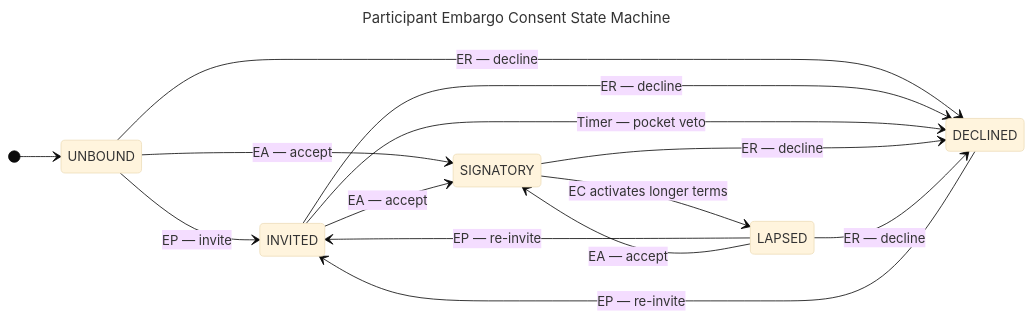
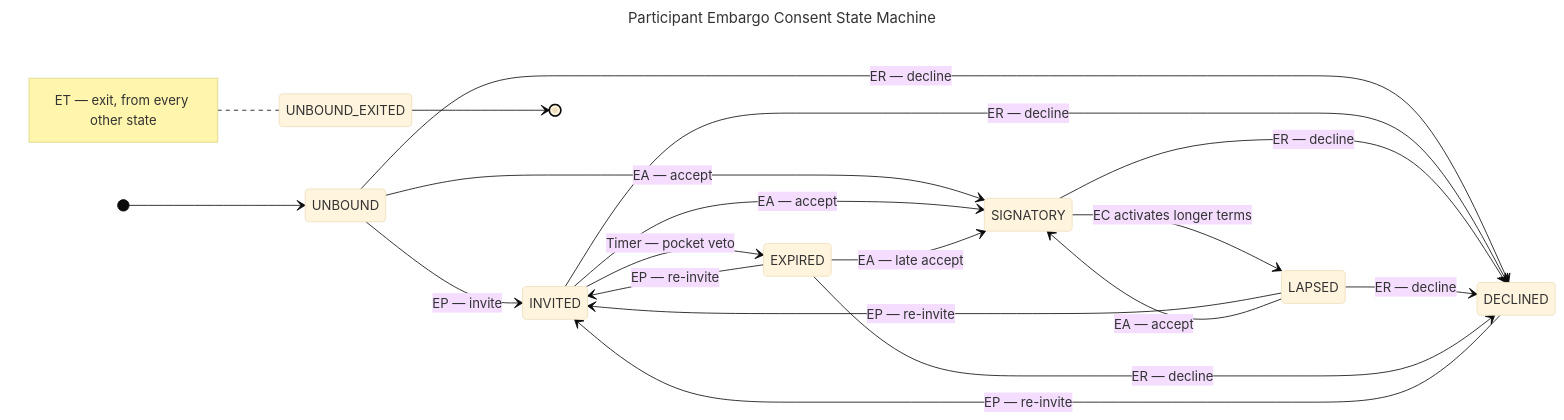
The diagram in docs/topics/process_models/em/pec_state_machine_diagram.md (CERTCC/Vultron), drawn with Mermaid (base theme) before and after one commit. The commit also changed other lines of this file and 67 other files, not shown here.

First line of the commit message:
feat(embargo): add PEC EXPIRED and terminal UNBOUND_EXITED states (ADR-0117)

````diff
--- a/docs/topics/process_models/em/pec_state_machine_diagram.md
+++ b/docs/topics/process_models/em/pec_state_machine_diagram.md
@@ -1,20 +1,25 @@
 ```mermaid
 ---
 title: Participant Embargo Consent State Machine
 ---
 stateDiagram-v2
     direction LR
     [*] --> UNBOUND
     UNBOUND --> INVITED: EP — invite
     UNBOUND --> SIGNATORY: EA — accept
     UNBOUND --> DECLINED: ER — decline
     INVITED --> SIGNATORY: EA — accept
     INVITED --> DECLINED: ER — decline
-    INVITED --> DECLINED: Timer — pocket veto
+    INVITED --> EXPIRED: Timer — pocket veto
     SIGNATORY --> LAPSED: EC activates longer terms
     SIGNATORY --> DECLINED: ER — decline
     LAPSED --> INVITED: EP — re-invite
     LAPSED --> SIGNATORY: EA — accept
     LAPSED --> DECLINED: ER — decline
     DECLINED --> INVITED: EP — re-invite
+    EXPIRED --> INVITED: EP — re-invite
+    EXPIRED --> SIGNATORY: EA — late accept
+    EXPIRED --> DECLINED: ER — decline
+    UNBOUND_EXITED --> [*]
+    note left of UNBOUND_EXITED: ET — exit, from every other state
 ```
````
